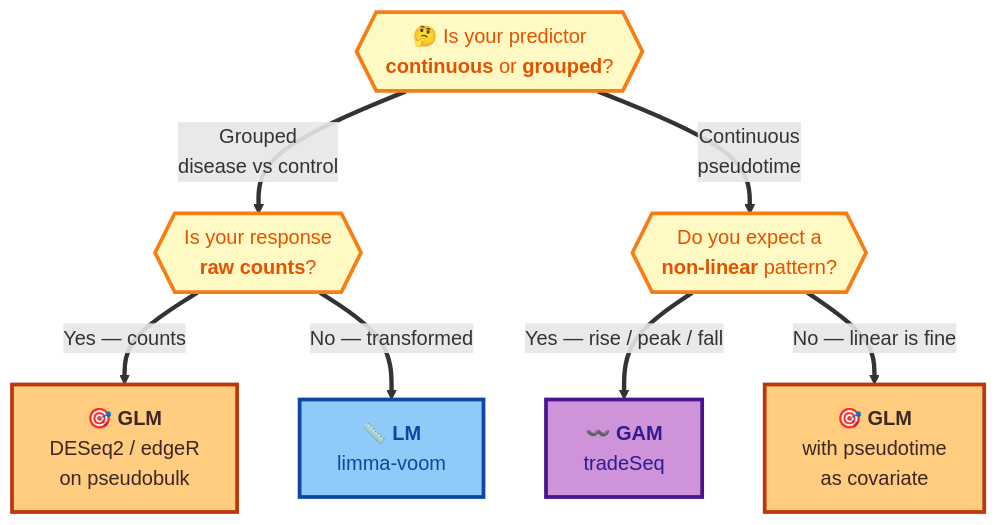
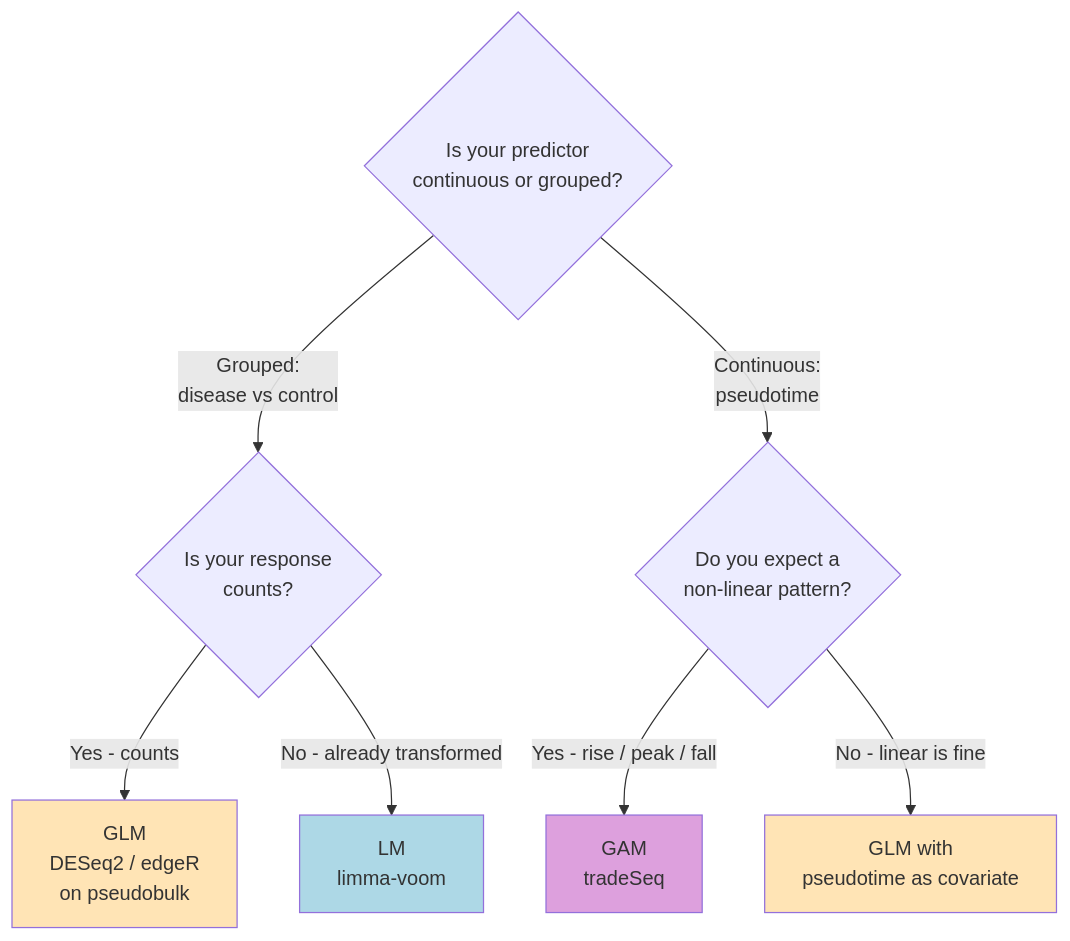
Before and after one commit to ramadatta/ramadatta.github.io: the fourth of 4 diagrams in _posts/2026-04-13-LM-vs-GLM-vs-GAM.md, drawn with Mermaid. The commit also changed other lines of this file, not shown here.

Commit message:
Blog Post: When to Reach for LM, GLM, or GAM

```diff
--- a/_posts/2026-04-13-LM-vs-GLM-vs-GAM.md
+++ b/_posts/2026-04-13-LM-vs-GLM-vs-GAM.md
@@ -264,21 +259,18 @@
 <div class="mermaid" style="display: flex; justify-content: center;">
 flowchart TD
-    Q1{{"🤔 Is your predictor<br/><b>continuous</b> or <b>grouped</b>?"}}
+    Q1{Is your predictor<br/>continuous or grouped?}
 
-    Q1 ==>|"Grouped<br/>disease vs control"| Q2{{"Is your response<br/><b>raw counts</b>?"}}
-    Q1 ==>|"Continuous<br/>pseudotime"| Q3{{"Do you expect a<br/><b>non-linear</b> pattern?"}}
+    Q1 -->|Grouped:<br/>disease vs control| Q2{Is your response<br/>counts?}
+    Q1 -->|Continuous:<br/>pseudotime| Q3{Do you expect a<br/>non-linear pattern?}
 
-    Q2 ==>|"Yes — counts"| GLM1["🎯 <b>GLM</b><br/>DESeq2 / edgeR<br/>on pseudobulk"]
-    Q2 ==>|"No — transformed"| LM1["📏 <b>LM</b><br/>limma-voom"]
+    Q2 -->|Yes - counts| GLM1[GLM<br/>DESeq2 / edgeR<br/>on pseudobulk]
+    Q2 -->|No - already transformed| LM1[LM<br/>limma-voom]
 
-    Q3 ==>|"Yes — rise / peak / fall"| GAM1["〰️ <b>GAM</b><br/>tradeSeq"]
-    Q3 ==>|"No — linear is fine"| GLM2["🎯 <b>GLM</b><br/>with pseudotime<br/>as covariate"]
+    Q3 -->|Yes - rise / peak / fall| GAM1[GAM<br/>tradeSeq]
+    Q3 -->|No - linear is fine| GLM2[GLM with<br/>pseudotime as covariate]
 
-    style Q1 fill:#FFF9C4,stroke:#F57F17,stroke-width:3px,color:#E65100
-    style Q2 fill:#FFF9C4,stroke:#F57F17,stroke-width:3px,color:#E65100
-    style Q3 fill:#FFF9C4,stroke:#F57F17,stroke-width:3px,color:#E65100
-    style GLM1 fill:#FFCC80,stroke:#BF360C,stroke-width:3px,color:#3E2723
-    style GLM2 fill:#FFCC80,stroke:#BF360C,stroke-width:3px,color:#3E2723
-    style LM1 fill:#90CAF9,stroke:#0D47A1,stroke-width:3px,color:#0D47A1
-    style GAM1 fill:#CE93D8,stroke:#4A148C,stroke-width:3px,color:#311B92
+    style GLM1 fill:#FFE4B5
+    style GLM2 fill:#FFE4B5
+    style LM1 fill:#ADD8E6
+    style GAM1 fill:#DDA0DD
 </div>
```
